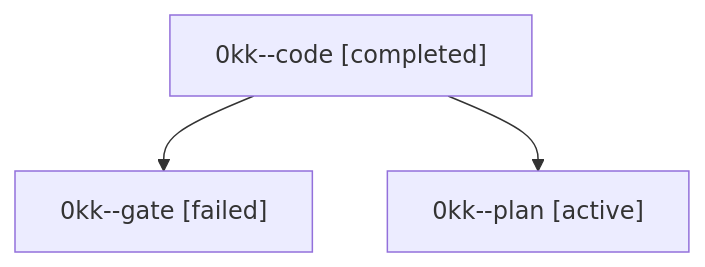
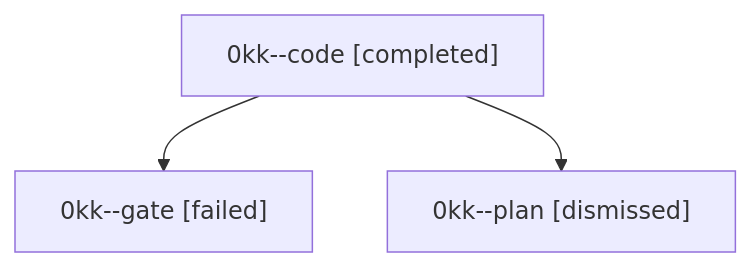
One commit to sase-org/sase--agents changed the diagram in sessions/bbugyi200.athena.0kk.md. Above: the diagram before and after it, drawn with Mermaid. The commit also changed other lines of this file and 30 other files, not shown here.

````diff
--- a/sessions/bbugyi200.athena.0kk.md
+++ b/sessions/bbugyi200.athena.0kk.md
@@ -9,8 +9,8 @@
 ```mermaid
 flowchart TD
   n0["0kk--code [completed]"]
   n1["0kk--gate [failed]"]
   n0 --> n1
-  n2["0kk--plan [active]"]
+  n2["0kk--plan [dismissed]"]
   n0 --> n2
 ```
````
